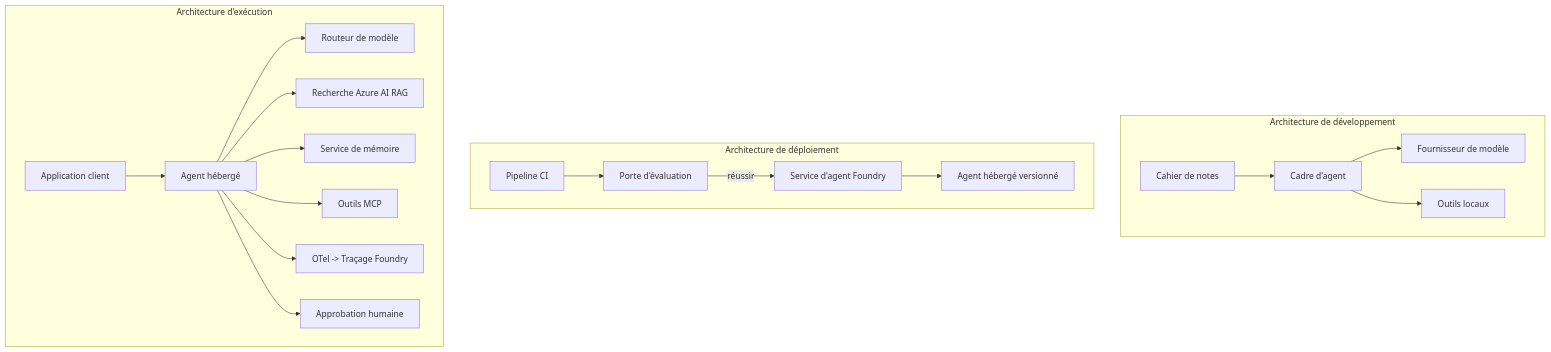
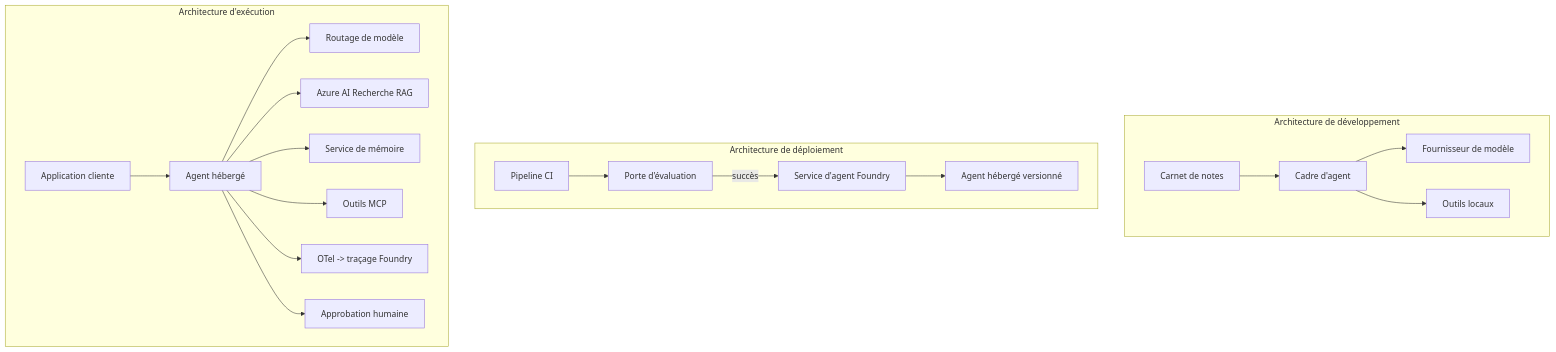
Before and after one commit to microsoft/ai-agents-for-beginners: the fourth of 4 diagrams in translations/fr/16-deploying-scalable-agents/README.md, drawn with Mermaid. The commit also changed other lines of this file and 47 other files, not shown here.

````diff
--- a/translations/fr/16-deploying-scalable-agents/README.md
+++ b/translations/fr/16-deploying-scalable-agents/README.md
@@ -185,22 +185,22 @@
 ```mermaid
 flowchart TB
     subgraph Dev[Architecture de développement]
-        D1[Cahier de notes] --> D2[Cadre d'agent]
+        D1[Carnet de notes] --> D2[Cadre d'agent]
         D2 --> D3[Fournisseur de modèle]
         D2 --> D4[Outils locaux]
     end
     subgraph Deploy[Architecture de déploiement]
         E1[Pipeline CI] --> E2[Porte d'évaluation]
-        E2 -->|réussir| E3[Service d'agent Foundry]
+        E2 -->|succès| E3[Service d'agent Foundry]
         E3 --> E4[Agent hébergé versionné]
     end
     subgraph Run[Architecture d'exécution]
-        F1[Application client] --> F2[Agent hébergé]
-        F2 --> F3[Routeur de modèle]
-        F2 --> F4[Recherche Azure AI RAG]
+        F1[Application cliente] --> F2[Agent hébergé]
+        F2 --> F3[Routage de modèle]
+        F2 --> F4[Azure AI Recherche RAG]
         F2 --> F5[Service de mémoire]
         F2 --> F6[Outils MCP]
-        F2 --> F7[OTel -> Traçage Foundry]
+        F2 --> F7[OTel -> traçage Foundry]
         F2 --> F8[Approbation humaine]
     end
 ```
````
